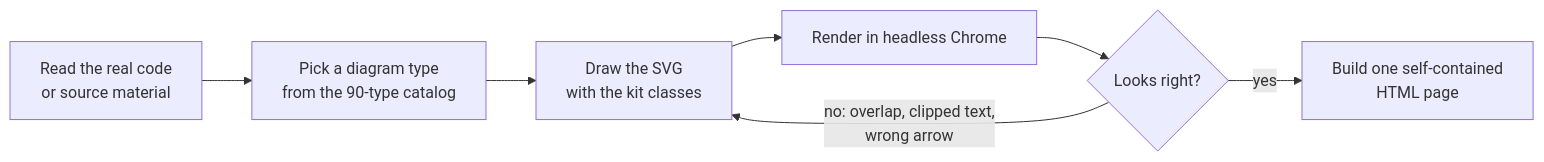
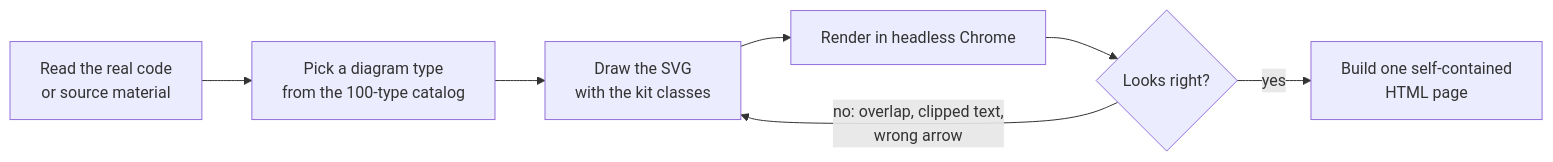
One commit to yashs33244/explorer changed the diagram in README.md. Above: the diagram before and after it, drawn with Mermaid. The commit also changed other lines of this file, not shown here.

````diff
--- a/README.md
+++ b/README.md
@@ -50,9 +50,9 @@
 ```mermaid
 flowchart LR
-    A[Read the real code<br/>or source material] --> B[Pick a diagram type<br/>from the 90-type catalog]
+    A[Read the real code<br/>or source material] --> B[Pick a diagram type<br/>from the 100-type catalog]
     B --> C[Draw the SVG<br/>with the kit classes]
     C --> D[Render in headless Chrome]
     D --> E{Looks right?}
     E -- "no: overlap, clipped text,<br/>wrong arrow" --> C
     E -- yes --> F[Build one self-contained<br/>HTML page]
 ```
````
